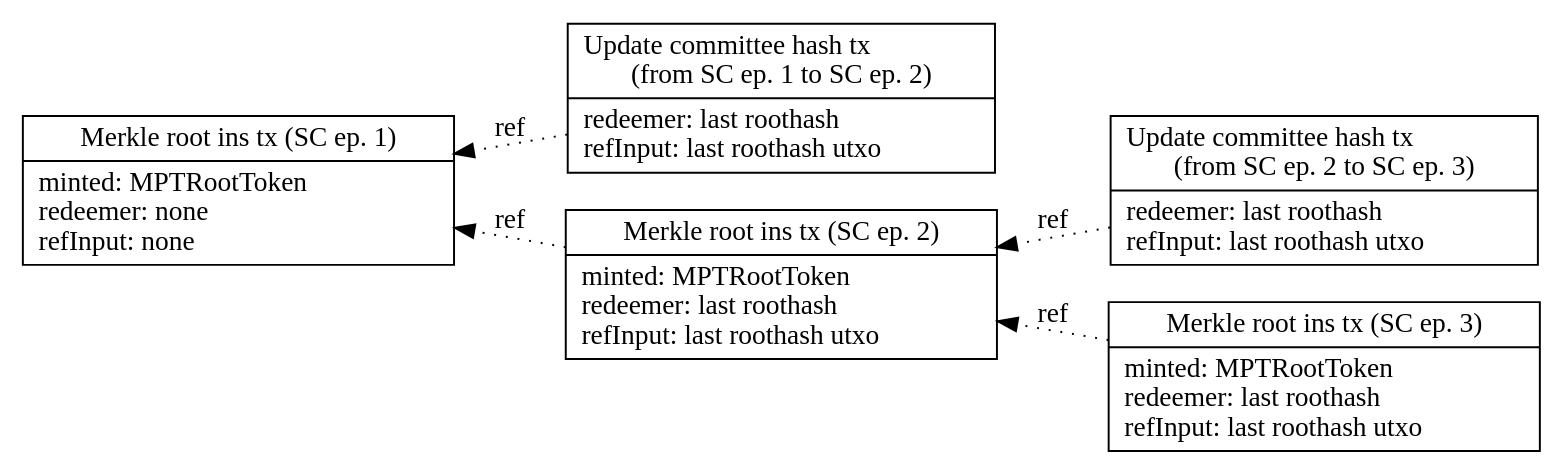
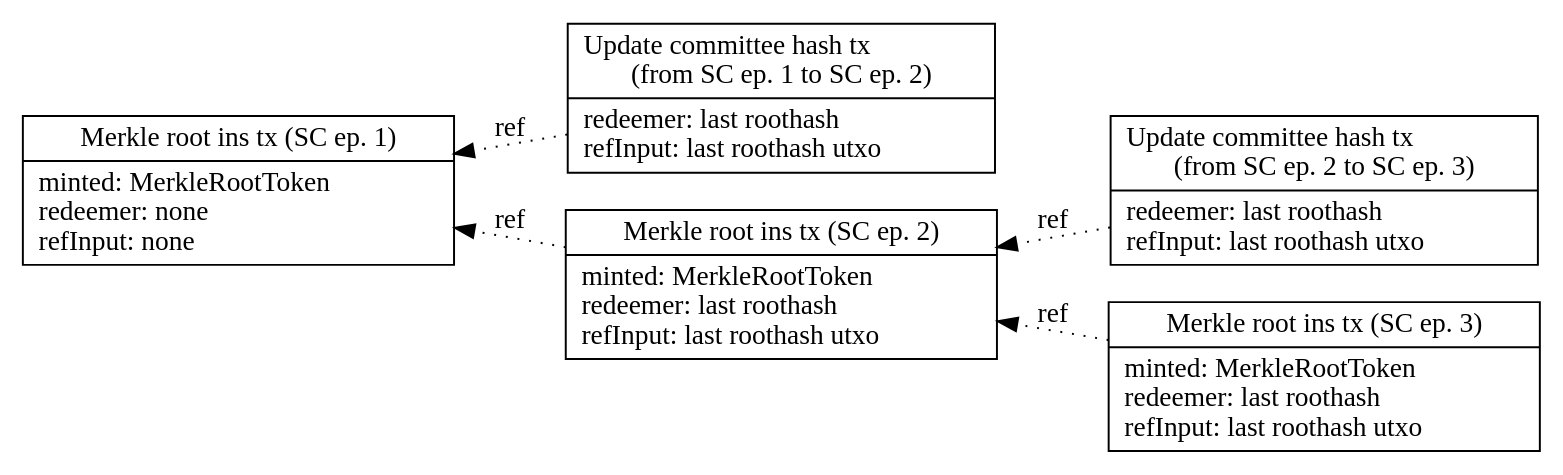
Before and after one commit to input-output-hk/partner-chains-smart-contracts: the diagram in docs/Spec/MRChain-simple.dot, drawn with Graphviz. The commit also changed 31 other files, not shown here.

Commit message:
Refactored `MPTRoot` to `MerkleRoot`, `mptRoot` to `merkleRoot`, `MptRoot` to `MerkleRoot`, and `MPT` to `Merkle`. Also, updated the onchain scripts to correspond to the new renamed script.

```diff
--- a/docs/Spec/MRChain-simple.dot
+++ b/docs/Spec/MRChain-simple.dot
@@ -1,44 +1,44 @@
 strict digraph {
   rankdir="RL"
 
   node [shape=record]
 
   mRoot1 [label =
     "Merkle root ins tx (SC ep. 1) |
-      minted: MPTRootToken\l
+      minted: MerkleRootToken\l
       redeemer: none\l
       refInput: none\l
     "]
 
   cHashUpd1 [label =
     "Update committee hash tx\l
       (from SC ep. 1 to SC ep. 2) |
       redeemer: last roothash\l
       refInput: last roothash utxo\l
     "]
 
   mRoot2 [label =
     "Merkle root ins tx (SC ep. 2) |
-      minted: MPTRootToken\l
+      minted: MerkleRootToken\l
       redeemer: last roothash\l
       refInput: last roothash utxo\l
     "]
 
   cHashUpd2 [label =
     "Update committee hash tx\l
       (from SC ep. 2 to SC ep. 3) |
       redeemer: last roothash\l
       refInput: last roothash utxo\l
     "]
 
   mRoot3 [label =
     "Merkle root ins tx (SC ep. 3) |
-      minted: MPTRootToken\l
+      minted: MerkleRootToken\l
       redeemer: last roothash\l
       refInput: last roothash utxo\l
     "]
 
   mRoot3 -> mRoot2 -> mRoot1 [label = "ref", style = dotted]
   cHashUpd1 -> mRoot1 [label = "ref", style = dotted]
   cHashUpd2 -> mRoot2 [label = "ref", style = dotted]
 }
```
